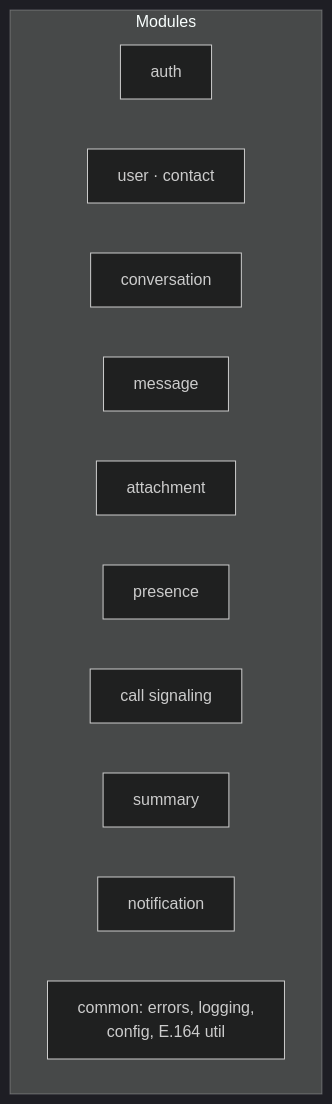
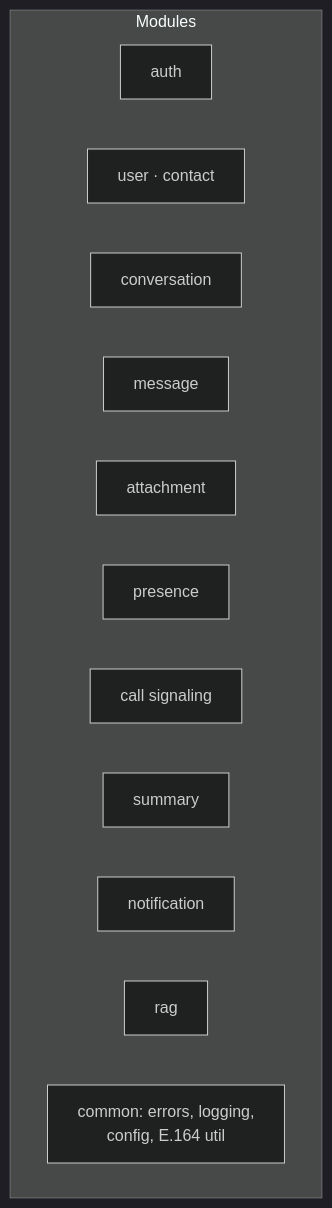
One commit to JasonTM17/Nexachat_AppJ changed the second of 3 diagrams in docs/architecture.md. Above: the diagram before and after it, drawn with Mermaid (dark theme). The commit also changed other lines of this file and 2 other files, not shown here.

Commit message:
docs(architecture): reconcile V1-V10 migrations, outbox, push and media streaming

````diff
--- a/docs/architecture.md
+++ b/docs/architecture.md
@@ -78,15 +81,16 @@
 ```mermaid
 flowchart TB
     subgraph Mod["Modules"]
         AUTH["auth"]
         USER["user · contact"]
         CONV["conversation"]
         MSG["message"]
         ATT["attachment"]
         PRES["presence"]
         CALL["call signaling"]
         SUM["summary"]
         NOTIF["notification"]
+        RAG["rag"]
         COMMON["common: errors, logging,<br/>config, E.164 util"]
     end
 ```
````
